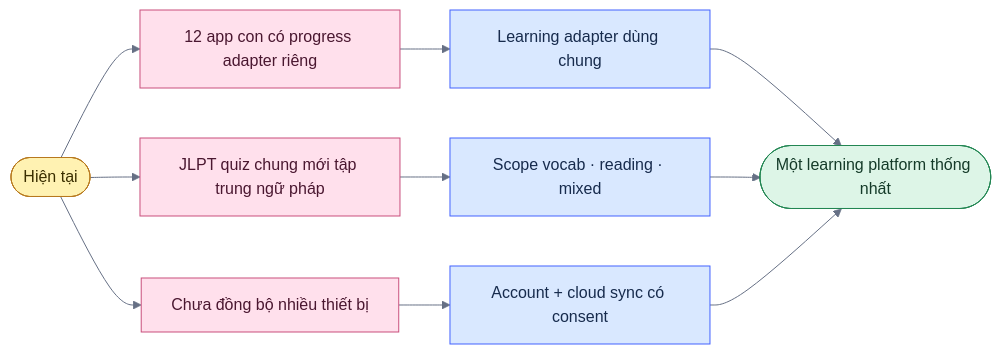
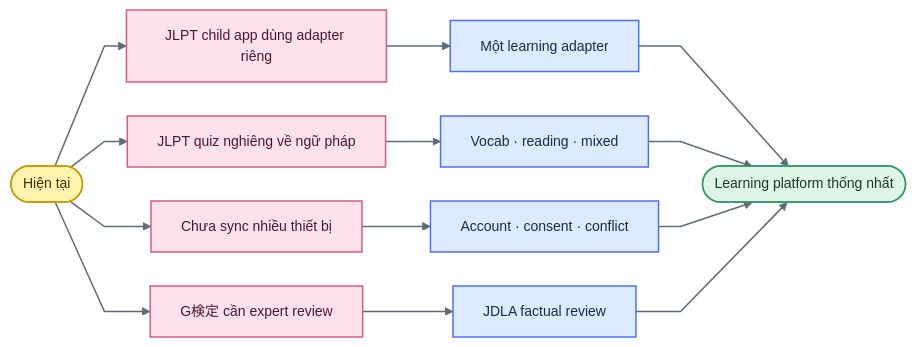
Before and after one commit to thangldw/thangldw.github.io: the second of 2 diagrams in japanese-app-audit.md, drawn with Mermaid. The commit also changed other lines of this file and 7 other files, not shown here.

Commit message:
docs: clean repository guides and diagrams

````diff
--- a/japanese-app-audit.md
+++ b/japanese-app-audit.md
@@ -78,24 +79,28 @@
 ```mermaid
-%%{init: {"theme":"base","themeVariables":{"fontFamily":"Inter, Arial, sans-serif","lineColor":"#667085","primaryTextColor":"#172B4D"}}}%%
+%%{init: {"theme":"base","flowchart":{"curve":"linear","nodeSpacing":34,"rankSpacing":44},"themeVariables":{"fontFamily":"Inter, Arial, sans-serif","fontSize":"14px","lineColor":"#5F6B7A","primaryTextColor":"#1F2937","clusterBkg":"#FFFFFF","clusterBorder":"#CBD5E1"}}}%%
 flowchart LR
-  Current(["Hiện tại"]) --> Gap1["12 app con có progress adapter riêng"]
-  Current --> Gap2["JLPT quiz chung mới tập trung ngữ pháp"]
-  Current --> Gap3["Chưa đồng bộ nhiều thiết bị"]
+  Current(["Hiện tại"]) --> Gap1["JLPT child app dùng adapter riêng"]
+  Current --> Gap2["JLPT quiz nghiêng về ngữ pháp"]
+  Current --> Gap3["Chưa sync nhiều thiết bị"]
+  Current --> Gap4["G検定 cần expert review"]
 
-  Gap1 --> Next1["Learning adapter dùng chung"]
-  Gap2 --> Next2["Scope vocab · reading · mixed"]
-  Gap3 --> Next3["Account + cloud sync có consent"]
+  Gap1 --> Next1["Một learning adapter"]
+  Gap2 --> Next2["Vocab · reading · mixed"]
+  Gap3 --> Next3["Account · consent · conflict"]
+  Gap4 --> Next4["JDLA factual review"]
 
-  Next1 --> Goal(["Một learning platform thống nhất"])
+  Next1 --> Goal(["Learning platform thống nhất"])
   Next2 --> Goal
   Next3 --> Goal
+  Next4 --> Goal
 
-  classDef yellow fill:#FFF2B2,stroke:#B7791F,color:#3B2F00,stroke-width:1px;
-  classDef blue fill:#D9E8FF,stroke:#4262FF,color:#172B4D,stroke-width:1px;
-  classDef green fill:#DDF5E7,stroke:#238653,color:#153B29,stroke-width:1px;
-  classDef pink fill:#FFE0EC,stroke:#C94F7C,color:#4A1730,stroke-width:1px;
-  class Current yellow;
-  class Gap1,Gap2,Gap3 pink;
-  class Next1,Next2,Next3 blue;
-  class Goal green;
+  classDef stickyYellow fill:#FFF3B0,stroke:#C99700,color:#3D2F00,stroke-width:1.5px;
+  classDef stickyBlue fill:#DCEBFF,stroke:#4C6FFF,color:#172B4D,stroke-width:1.5px;
+  classDef stickyPink fill:#FFE1EC,stroke:#D65A87,color:#4A1730,stroke-width:1.5px;
+  classDef stickyGreen fill:#DFF5E8,stroke:#2D9D62,color:#153B29,stroke-width:1.5px;
+  class Current stickyYellow;
+  class Gap1,Gap2,Gap3,Gap4 stickyPink;
+  class Next1,Next2,Next3,Next4 stickyBlue;
+  class Goal stickyGreen;
+  linkStyle default stroke:#5F6B7A,stroke-width:1.5px;
 ```
````
